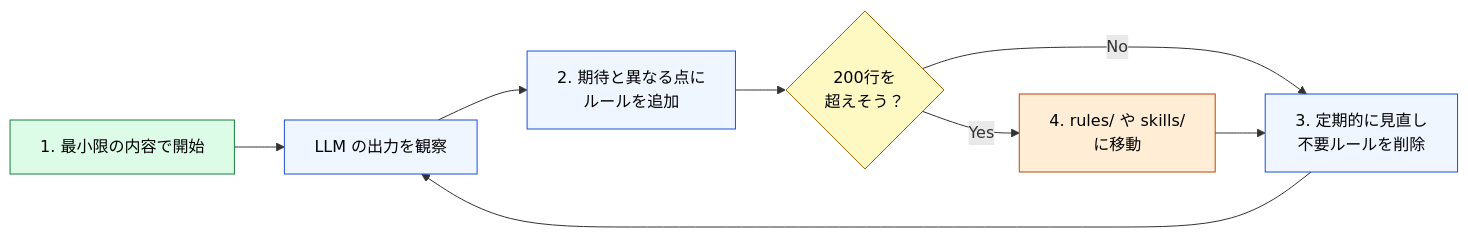
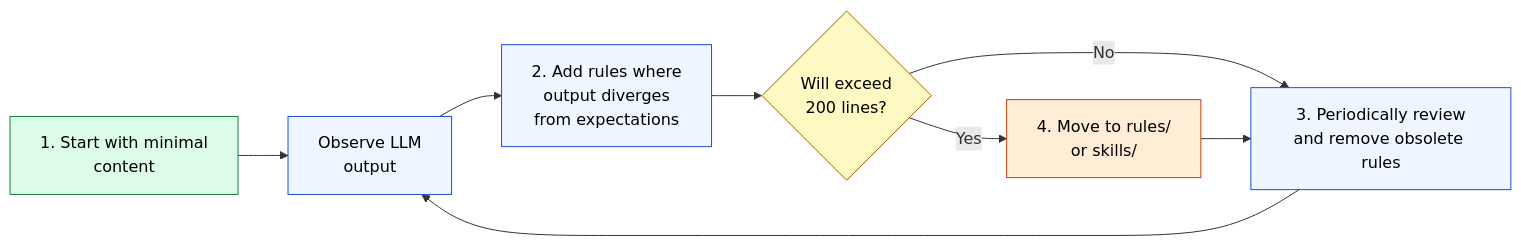
The diagram in docs/03-always-loaded-context/claude-md.md (shuji-bonji/understanding-llm-through-claude-code), drawn with Mermaid before and after one commit. The commit also changed other lines of this file and 100 other files, not shown here.

````diff
--- a/docs/03-always-loaded-context/claude-md.md
+++ b/docs/03-always-loaded-context/claude-md.md
@@ -152,17 +154,17 @@
 ```mermaid
 flowchart LR
-    A["1. 最小限の内容で開始"] --> B["LLM の出力を観察"]
-    B --> C["2. 期待と異なる点に<br>ルールを追加"]
-    C --> D{"200行を<br>超えそう？"}
-    D -->|"No"| E["3. 定期的に見直し<br>不要ルールを削除"]
-    D -->|"Yes"| F["4. rules/ や skills/<br>に移動"]
+    A["1. Start with minimal<br>content"] --> B["Observe LLM<br>output"]
+    B --> C["2. Add rules where<br>output diverges<br>from expectations"]
+    C --> D{"Will exceed<br>200 lines?"}
+    D -->|"No"| E["3. Periodically review<br>and remove obsolete rules"]
+    D -->|"Yes"| F["4. Move to rules/<br>or skills/"]
     E --> B
     F --> E
 
     style A fill:#dcfce7,stroke:#15803d,color:#000
     style B fill:#eff6ff,stroke:#1d4ed8,color:#000
     style C fill:#eff6ff,stroke:#1d4ed8,color:#000
     style D fill:#fef9c3,stroke:#a16207,color:#000
     style E fill:#eff6ff,stroke:#1d4ed8,color:#000
     style F fill:#ffedd5,stroke:#c2410c,color:#000
 ```
````
